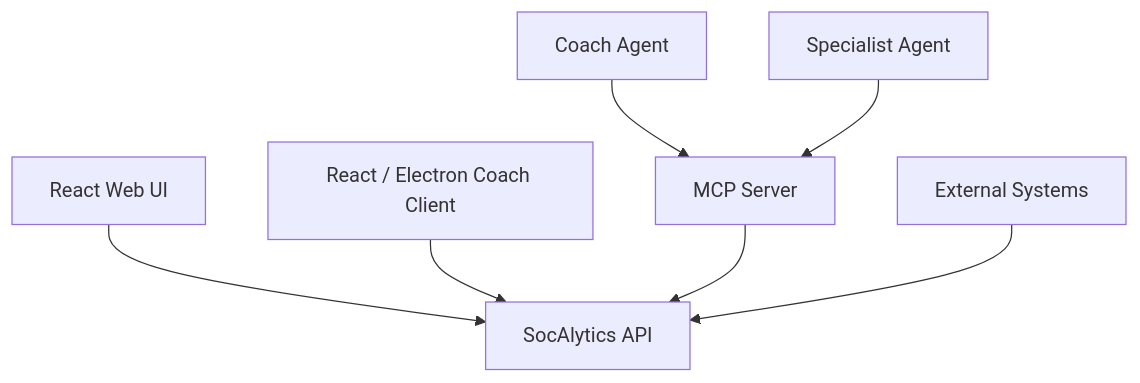
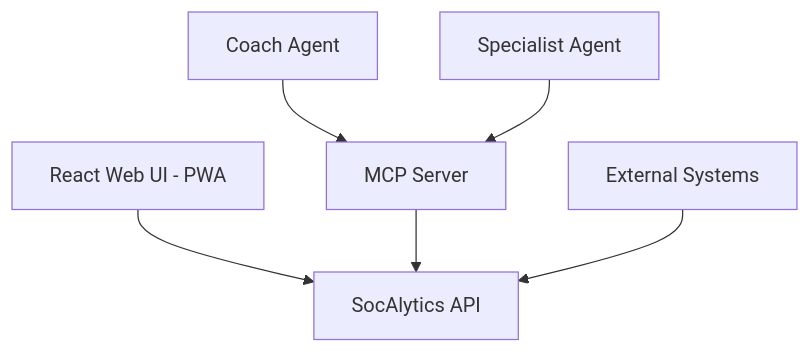
Before and after one commit to markusheiliger/socalytics: the first of 3 diagrams in docs/architecture/terminology-and-principles.md, drawn with Mermaid. The commit also changed other lines of this file and 11 other files, not shown here.

````diff
--- a/docs/architecture/terminology-and-principles.md
+++ b/docs/architecture/terminology-and-principles.md
@@ -114,18 +114,16 @@
 ```mermaid
 flowchart TB
 
-    WebUI[React Web UI]
-    CoachClient[React / Electron Coach Client]
+    WebUI[React Web UI - PWA]
     CoachAgent[Coach Agent]
     SpecialistAgent[Specialist Agent]
     ExternalSystems[External Systems]
     MCP[MCP Server]
     API[SocAlytics API]
 
     WebUI --> API
-    CoachClient --> API
     CoachAgent --> MCP
     SpecialistAgent --> MCP
     MCP --> API
     ExternalSystems --> API
 ```
````
